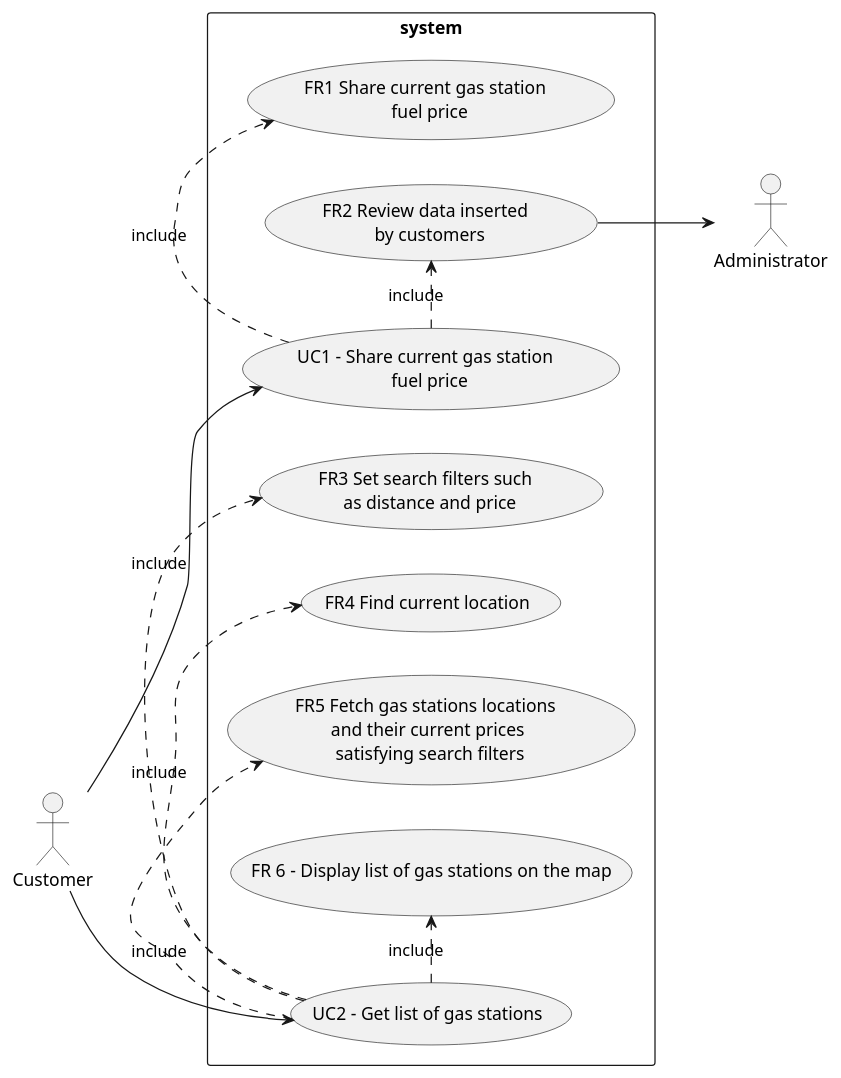
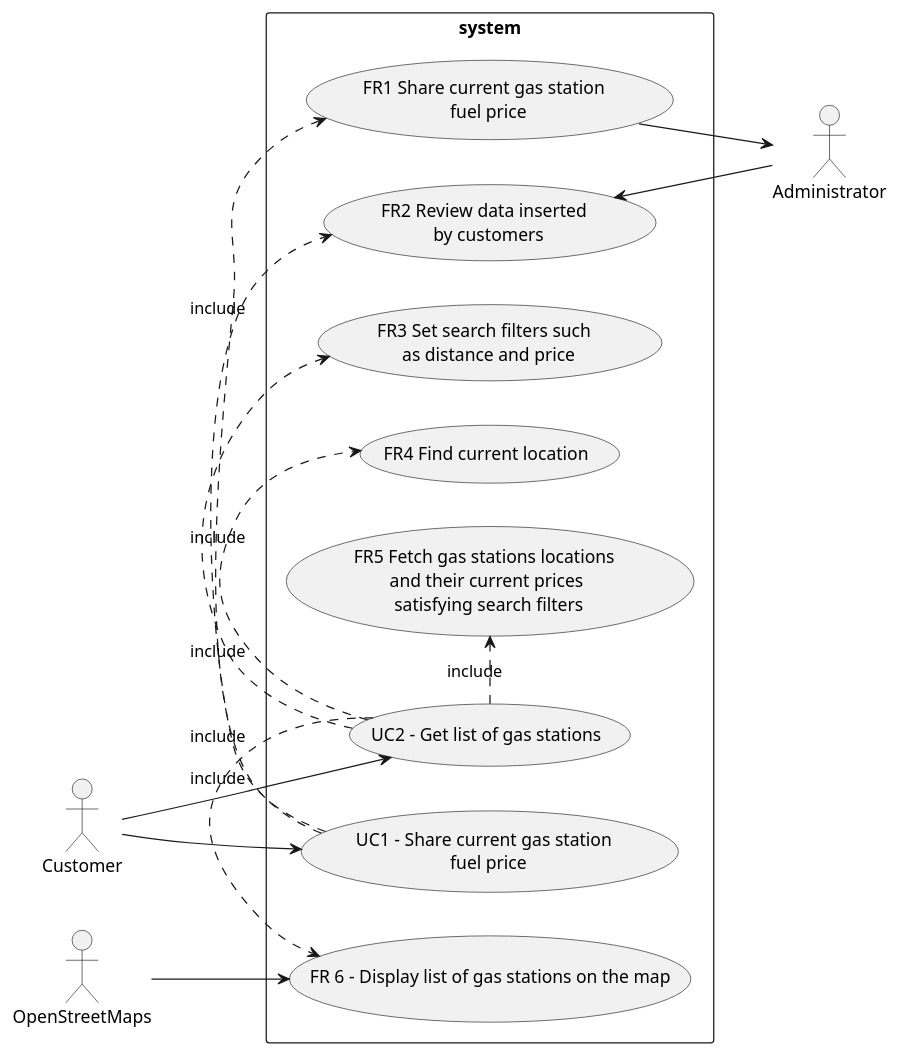
One commit to SoftengPoliTo/Lab2 changed the second of 4 diagrams in REQ_s274148.md. Above: the diagram before and after it, drawn with PlantUML.

Commit message:
UCD: add maps actor and fix admin relationships

````diff
--- a/REQ_s274148.md
+++ b/REQ_s274148.md
@@ -156,17 +156,20 @@
 ```plantuml
 left to right direction
 actor Administrator as a
 actor Customer as b
+actor OpenStreetMaps as c
 skinparam packageStyle rectangle
 rectangle system{
 	b --> (UC1 - Share current gas station \n fuel price)
 	b --> (UC2 - Get list of gas stations)
 	(UC1 - Share current gas station \n fuel price) .> (FR1 Share current gas station \n fuel price) :include
-	(FR2 Review data inserted \n by customers) --> a
+	(FR1 Share current gas station \n fuel price) --> a
+	(FR2 Review data inserted \n by customers) <-- a
 	(UC1 - Share current gas station \n fuel price) .> (FR2 Review data inserted \n by customers) :include
 	(UC2 - Get list of gas stations) .> (FR3 Set search filters such \n as distance and price) :include
 	(UC2 - Get list of gas stations) .> (FR4 Find current location) :include
 	(UC2 - Get list of gas stations) .> (FR5 Fetch gas stations locations \n and their current prices \n satisfying search filters) :include
 	(UC2 - Get list of gas stations) .> (FR 6 - Display list of gas stations on the map) :include
+	c --> (FR 6 - Display list of gas stations on the map)
 }
 ```
````
